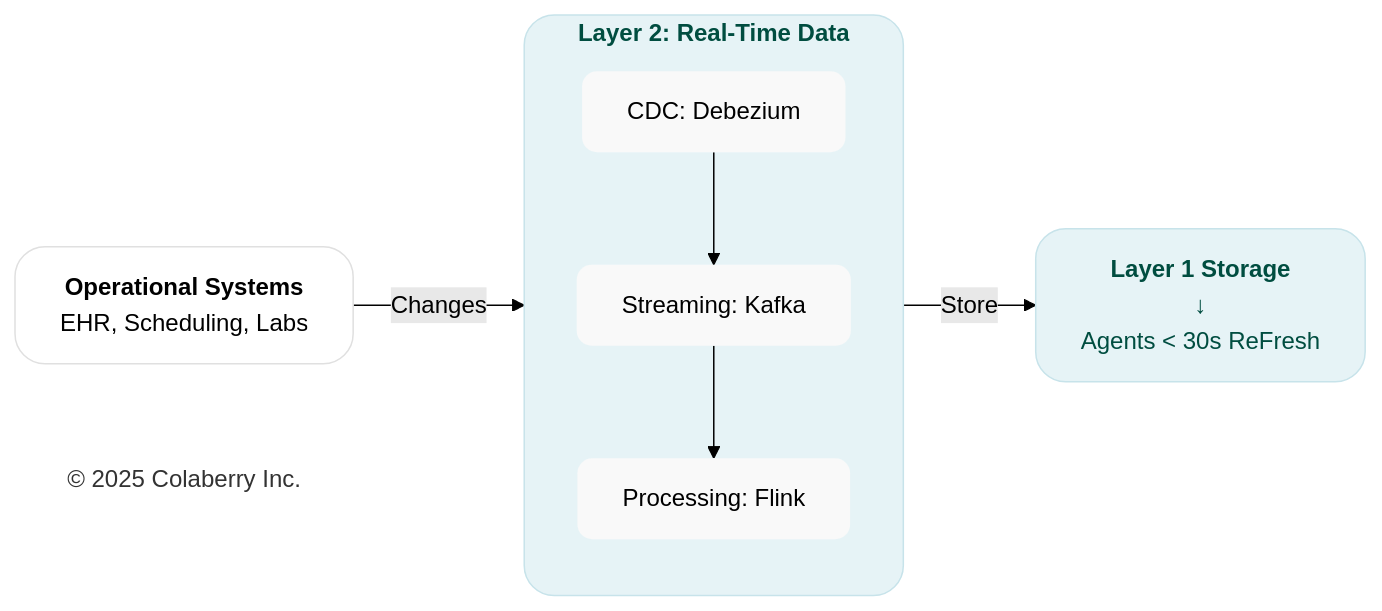
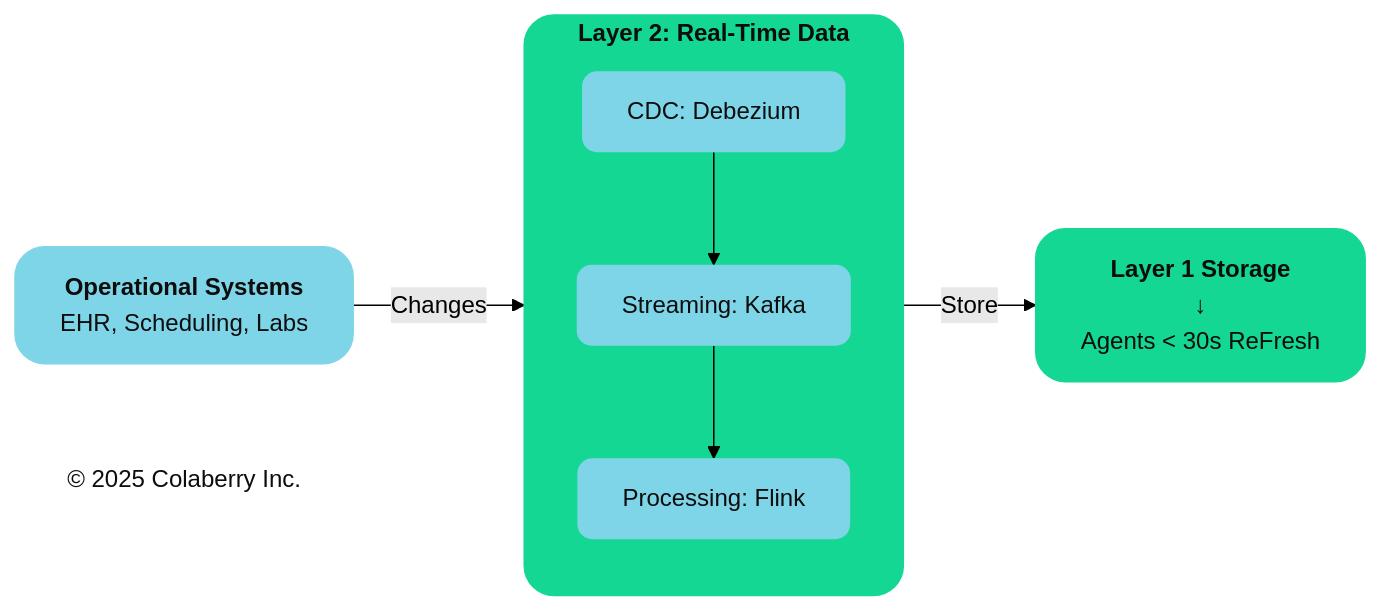
Before and after one commit to saitejesh-cyber/trust-before-intelligence-book: the diagram in mermaid-source/figure-4-6.mmd, drawn with Mermaid (forest theme). The commit also changed 212 other files, not shown here.

Commit message:
Apply semantic Colaberry palette across all diagram sources and PNGs

```diff
--- a/mermaid-source/figure-4-6.mmd
+++ b/mermaid-source/figure-4-6.mmd
@@ -1,26 +1,26 @@
 
 graph LR
     SOURCE["<b>Operational Systems</b><br/>EHR, Scheduling, Labs"]
     
     subgraph LAYER2["<b>Layer 2: Real-Time Data</b>"]
         direction TB
         CDC["CDC: Debezium"]
         KAFKA["Streaming: Kafka"]
         PROCESS["Processing: Flink"]
         CDC --> KAFKA --> PROCESS
     end
     
     OUTCOME["<b>Layer 1 Storage</b><br/>↓<br/>Agents < 30s ReFresh"]
     
     Copyright["© 2025 Colaberry Inc."]
     
     SOURCE -->|"Changes"| LAYER2
     LAYER2 -->|"Store"| OUTCOME
     
-    style SOURCE fill:#ffffff,stroke:#e0e0e0,stroke-width:1px,color:#000000,rx:20,ry:20
-    style LAYER2 fill:#e6f3f6,stroke:#c7e3ea,stroke-width:1px,color:#004d40,rx:20,ry:20
-    style CDC fill:#f9f9f9,stroke:none,color:#000000,rx:10,ry:10
-    style KAFKA fill:#f9f9f9,stroke:none,color:#000000,rx:10,ry:10
-    style PROCESS fill:#f9f9f9,stroke:none,color:#000000,rx:10,ry:10
-    style OUTCOME fill:#e6f3f6,stroke:#c7e3ea,stroke-width:1px,color:#004d40,rx:20,ry:20
-    style Copyright fill:none,stroke:none,color:#333333
+    style SOURCE fill:#7FD5E8,stroke:#7FD5E8,stroke-width:1px,color:#0D0D0D,rx:20,ry:20
+    style LAYER2 fill:#14D793,stroke:#14D793,stroke-width:1px,color:#0D0D0D,rx:20,ry:20
+    style CDC fill:#7FD5E8,stroke:none,color:#0D0D0D,rx:10,ry:10
+    style KAFKA fill:#7FD5E8,stroke:none,color:#0D0D0D,rx:10,ry:10
+    style PROCESS fill:#7FD5E8,stroke:none,color:#0D0D0D,rx:10,ry:10
+    style OUTCOME fill:#14D793,stroke:#14D793,stroke-width:1px,color:#0D0D0D,rx:20,ry:20
+    style Copyright fill:none,stroke:none,color:#0D0D0D
```
